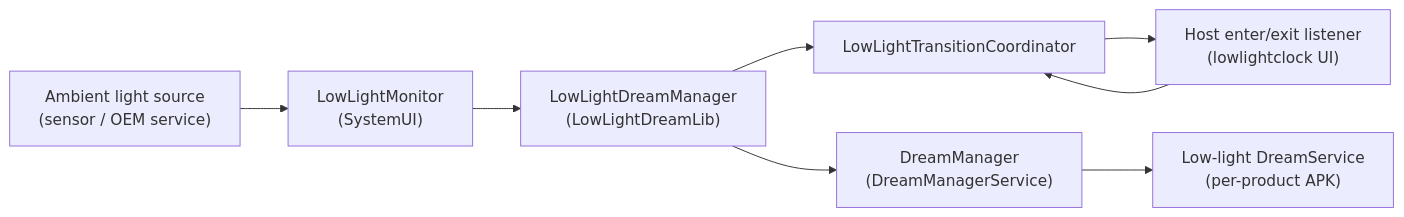
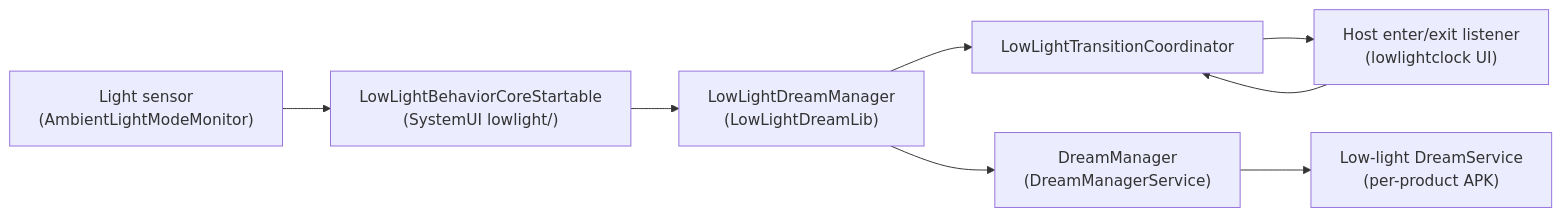
Diagram 25 of 32 in agents/claude/skills/aosp-system-apps/48-systemui.md (aospbooks/aosp-internal-book), drawn with Mermaid before and after one commit. The commit also changed other lines of this file and 137 other files, not shown here.

````diff
--- a/agents/claude/skills/aosp-system-apps/48-systemui.md
+++ b/agents/claude/skills/aosp-system-apps/48-systemui.md
@@ -3099,18 +3105,18 @@
 ```mermaid
 flowchart LR
-    Sensor["Ambient light source<br/>(sensor / OEM service)"]
-    Monitor["LowLightMonitor<br/>(SystemUI)"]
+    Sensor["Light sensor<br/>(AmbientLightModeMonitor)"]
+    Monitor["LowLightBehaviorCoreStartable<br/>(SystemUI lowlight/)"]
     Mgr["LowLightDreamManager<br/>(LowLightDreamLib)"]
     Coord["LowLightTransitionCoordinator"]
     HostUI["Host enter/exit listener<br/>(lowlightclock UI)"]
     DM["DreamManager<br/>(DreamManagerService)"]
     Dream["Low-light DreamService<br/>(per-product APK)"]
 
     Sensor --> Monitor
     Monitor --> Mgr
     Mgr --> Coord
     Coord --> HostUI
     HostUI --> Coord
     Mgr --> DM
     DM --> Dream
 ```
````
